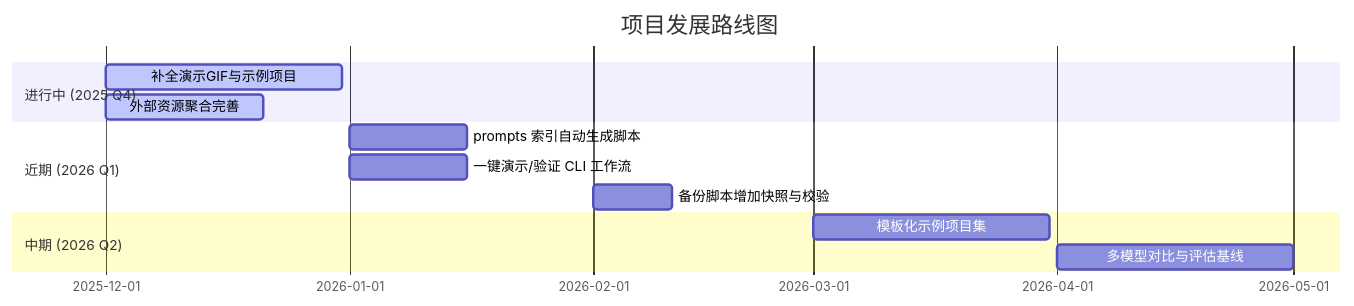
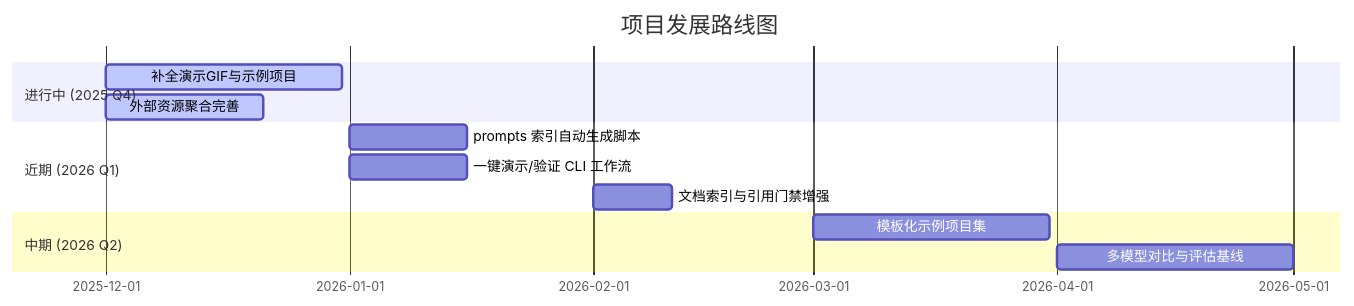
One commit to qqqcat/vibe-coding-cn changed the second of 2 diagrams in README.md. Above: the diagram before and after it, drawn with Mermaid. The commit also changed other lines of this file and 11 other files, not shown here.

````diff
--- a/README.md
+++ b/README.md
@@ -601,15 +598,15 @@
 ```mermaid
 gantt
     title 项目发展路线图
     dateFormat YYYY-MM
     section 进行中 (2025 Q4)
     补全演示GIF与示例项目: active, 2025-12, 30d
     外部资源聚合完善: active, 2025-12, 20d
     section 近期 (2026 Q1)
     prompts 索引自动生成脚本: 2026-01, 15d
     一键演示/验证 CLI 工作流: 2026-01, 15d
-    备份脚本增加快照与校验: 2026-02, 10d
+    文档索引与引用门禁增强: 2026-02, 10d
     section 中期 (2026 Q2)
     模板化示例项目集: 2026-03, 30d
     多模型对比与评估基线: 2026-04, 30d
 ```
````
